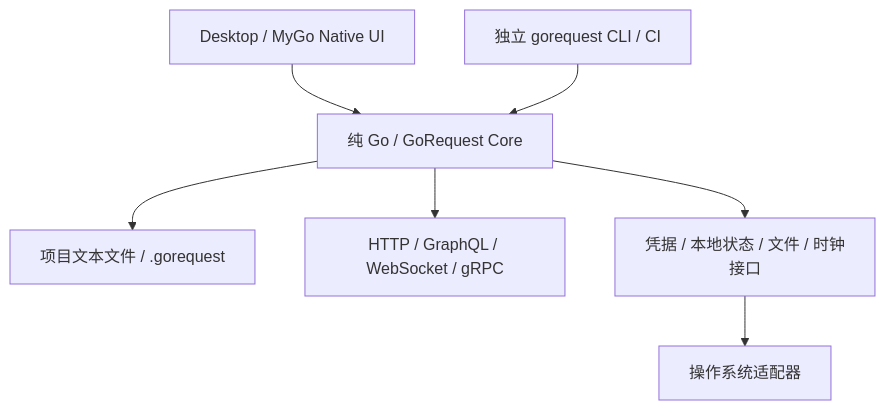
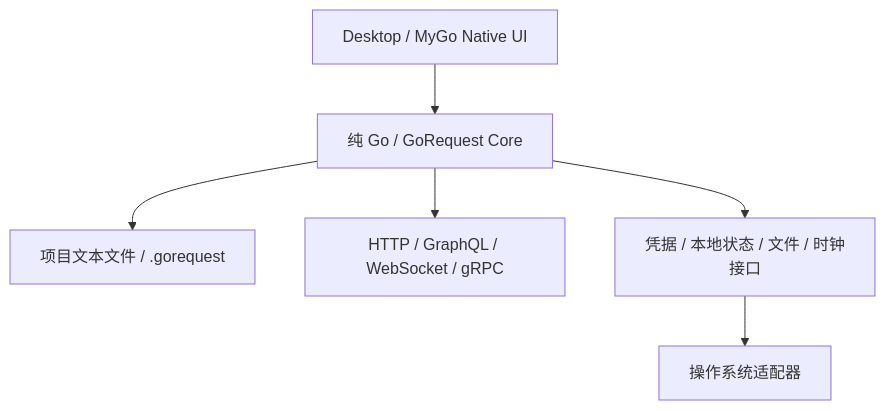
Before and after one commit to Flyinsky2004/GoRequest: the diagram in docs/architecture.md, drawn with Mermaid. The commit also changed other lines of this file and 21 other files, not shown here.

First line of the commit message:
refactor: 移除独立产品 CLI，仅保留 MyGo 原生桌面 + 纯 Go Core

````diff
--- a/docs/architecture.md
+++ b/docs/architecture.md
@@ -7,9 +7,8 @@
 ```mermaid
 flowchart TD
     Desktop[Desktop / MyGo Native UI] --> Core[纯 Go / GoRequest Core]
-    CLI[独立 gorequest CLI / CI] --> Core
     Core --> Files[项目文本文件 / .gorequest]
     Core --> Protocols[HTTP / GraphQL / WebSocket / gRPC]
     Core --> Ports[凭据 / 本地状态 / 文件 / 时钟接口]
     Ports --> OS[操作系统适配器]
 ```
````
